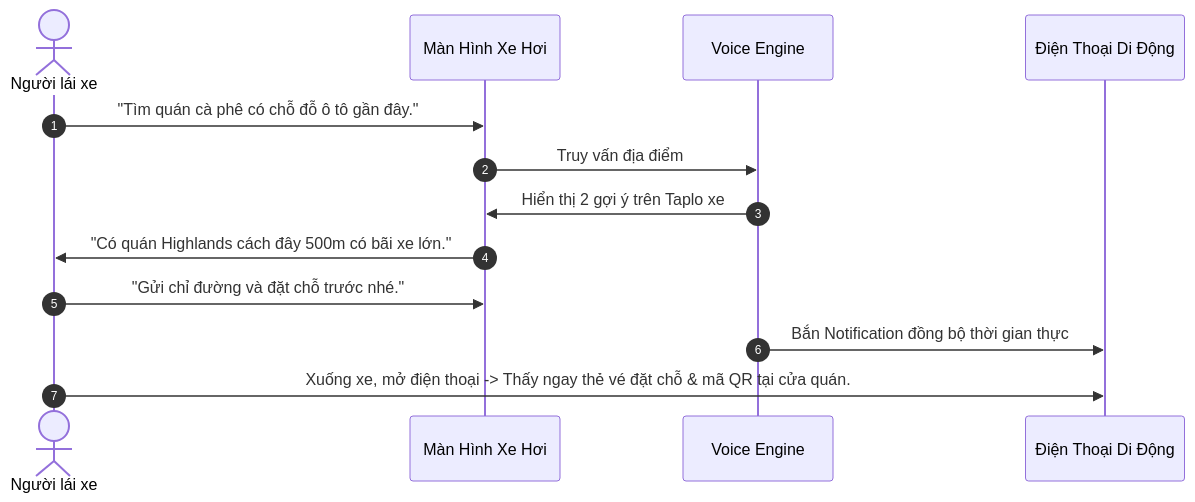
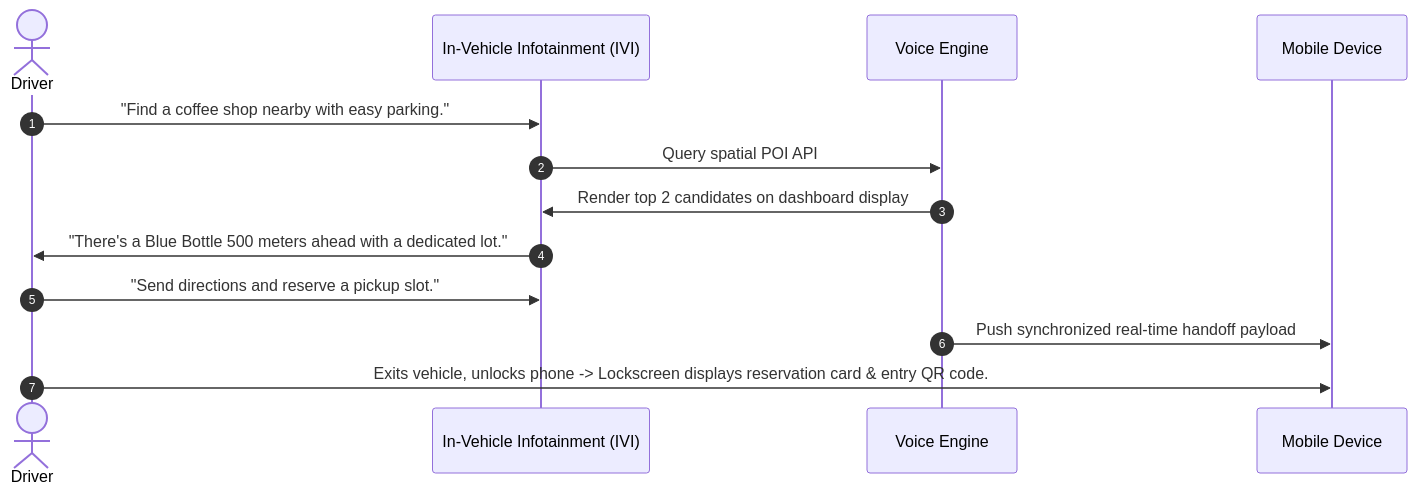
Before and after one commit to jangtrinh/design-os-voice-ux: the diagram in 02-interaction-patterns/multimodal-handshake.md, drawn with Mermaid. The commit also changed other lines of this file and 41 other files, not shown here.

````diff
--- a/02-interaction-patterns/multimodal-handshake.md
+++ b/02-interaction-patterns/multimodal-handshake.md
@@ -52,16 +51,16 @@
 ```mermaid
 sequenceDiagram
     autonumber
-    actor Driver as Người lái xe
-    participant Car as Màn Hình Xe Hơi
+    actor Driver as Driver
+    participant Car as In-Vehicle Infotainment (IVI)
     participant Cloud as Voice Engine
-    participant Phone as Điện Thoại Di Động
+    participant Phone as Mobile Device
 
-    Driver->>Car: "Tìm quán cà phê có chỗ đỗ ô tô gần đây."
-    Car->>Cloud: Truy vấn địa điểm
-    Cloud->>Car: Hiển thị 2 gợi ý trên Taplo xe
-    Car->>Driver: "Có quán Highlands cách đây 500m có bãi xe lớn."
-    Driver->>Car: "Gửi chỉ đường và đặt chỗ trước nhé."
-    Cloud->>Phone: Bắn Notification đồng bộ thời gian thực
-    Driver->>Phone: Xuống xe, mở điện thoại -> Thấy ngay thẻ vé đặt chỗ & mã QR tại cửa quán.
+    Driver->>Car: "Find a coffee shop nearby with easy parking."
+    Car->>Cloud: Query spatial POI API
+    Cloud->>Car: Render top 2 candidates on dashboard display
+    Car->>Driver: "There's a Blue Bottle 500 meters ahead with a dedicated lot."
+    Driver->>Car: "Send directions and reserve a pickup slot."
+    Cloud->>Phone: Push synchronized real-time handoff payload
+    Driver->>Phone: Exits vehicle, unlocks phone -> Lockscreen displays reservation card & entry QR code.
 ```
````
